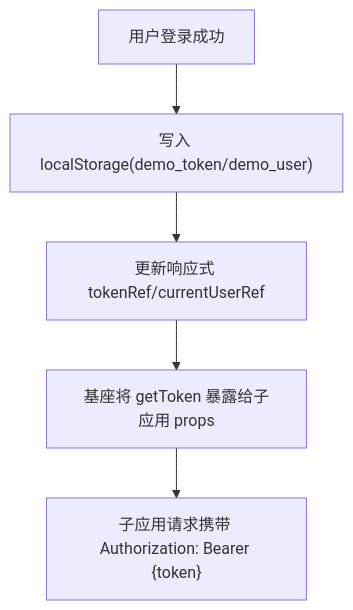
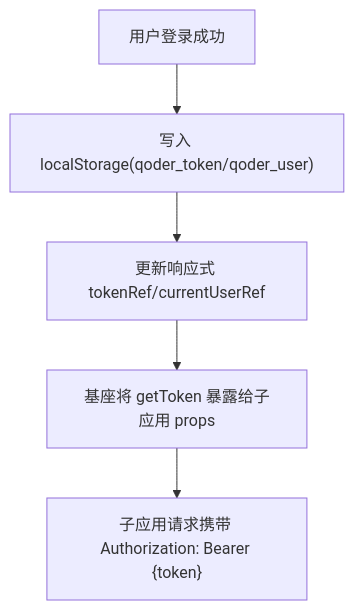
The fifth of 8 diagrams in .qoder/repowiki/zh/content/前端架构设计/前端架构设计.md (haohailiang/qoder-fullstack), drawn with Mermaid before and after one commit. The commit also changed other lines of this file and 45 other files, not shown here.

````diff
--- a/.qoder/repowiki/zh/content/前端架构设计/前端架构设计.md
+++ b/.qoder/repowiki/zh/content/前端架构设计/前端架构设计.md
@@ -191,7 +191,7 @@
 ```mermaid
 flowchart TD
-A["用户登录成功"] --> B["写入 localStorage(demo_token/demo_user)"]
+A["用户登录成功"] --> B["写入 localStorage(qoder_token/qoder_user)"]
 B --> C["更新响应式 tokenRef/currentUserRef"]
 C --> D["基座将 getToken 暴露给子应用 props"]
 D --> E["子应用请求携带 Authorization: Bearer {token}"]
 ```
````
